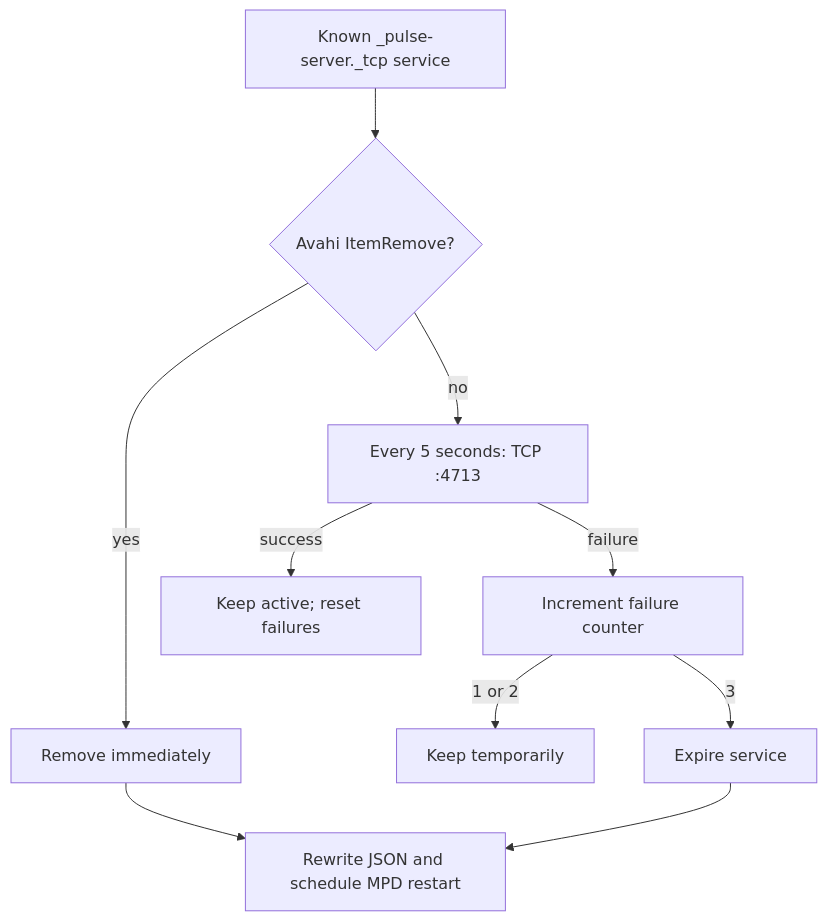
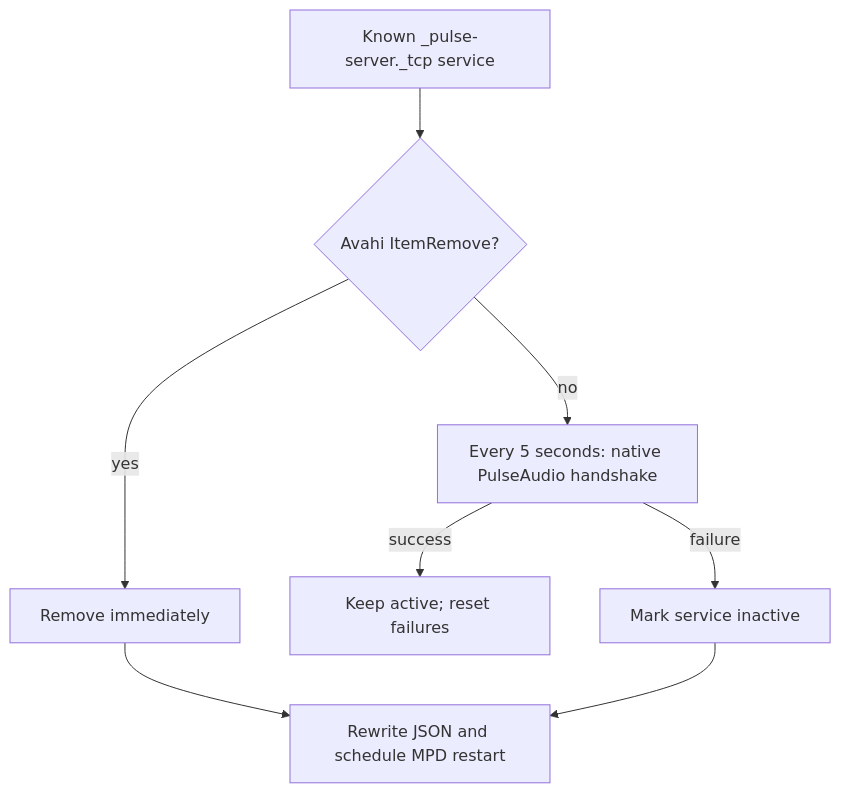
Before and after one commit to bartek56/meta-mediaserver: the third of 6 diagrams in docs/AUDIO_MANAGER.md, drawn with Mermaid. The commit also changed other lines of this file and 11 other files, not shown here.

````diff
--- a/docs/AUDIO_MANAGER.md
+++ b/docs/AUDIO_MANAGER.md
@@ -379,12 +428,10 @@
 ```mermaid
 flowchart TD
     P[Known _pulse-server._tcp service] --> E{Avahi ItemRemove?}
     E -->|yes| REMOVE1[Remove immediately]
-    E -->|no| CHECK[Every 5 seconds: TCP :4713]
+    E -->|no| CHECK[Every 5 seconds: native PulseAudio handshake]
     CHECK -->|success| KEEP[Keep active; reset failures]
-    CHECK -->|failure| COUNT[Increment failure counter]
-    COUNT -->|1 or 2| GRACE[Keep temporarily]
-    COUNT -->|3| REMOVE2[Expire service]
+    CHECK -->|failure| REMOVE2[Mark service inactive]
     REMOVE1 --> UPDATE[Rewrite JSON and schedule MPD restart]
     REMOVE2 --> UPDATE
 ```
````
